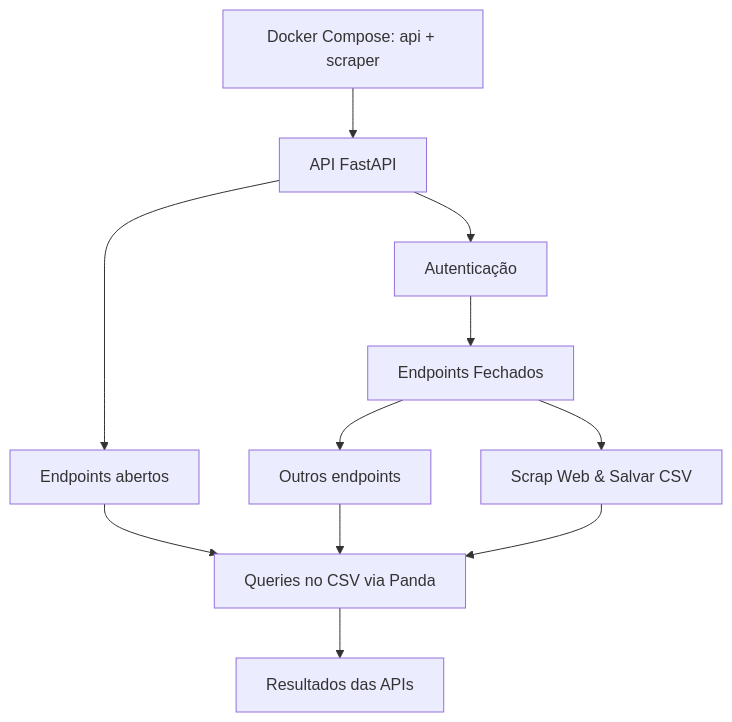
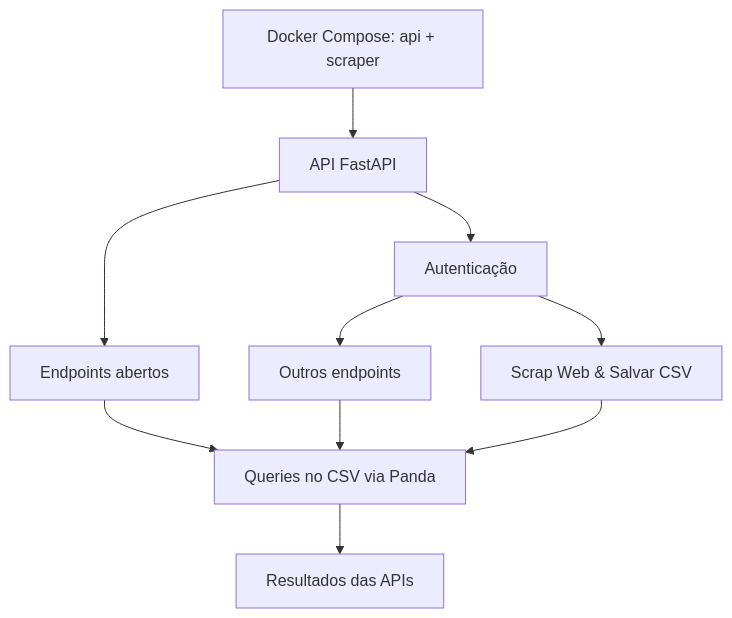
The diagram in README.md (FHDumont/tech-challenge-fase1), drawn with Mermaid before and after one commit. The commit also changed other lines of this file, not shown here.

````diff
--- a/README.md
+++ b/README.md
@@ -17,13 +17,12 @@
 ```mermaid
 graph TD
     A[Docker Compose: api + scraper] --> B[API FastAPI]
     B --> C[Endpoints abertos]
     B --> D[Autenticação]
-    D --> E[Endpoints Fechados]
-    E --> F[Scrap Web & Salvar CSV]
-    E --> G[Outros endpoints]
+    D --> F[Scrap Web & Salvar CSV]
+    D --> G[Outros endpoints]
     C --> L
     G --> L
     F --> L
     L[Queries no CSV via Panda] --> X[Resultados das APIs]
 ```
````
